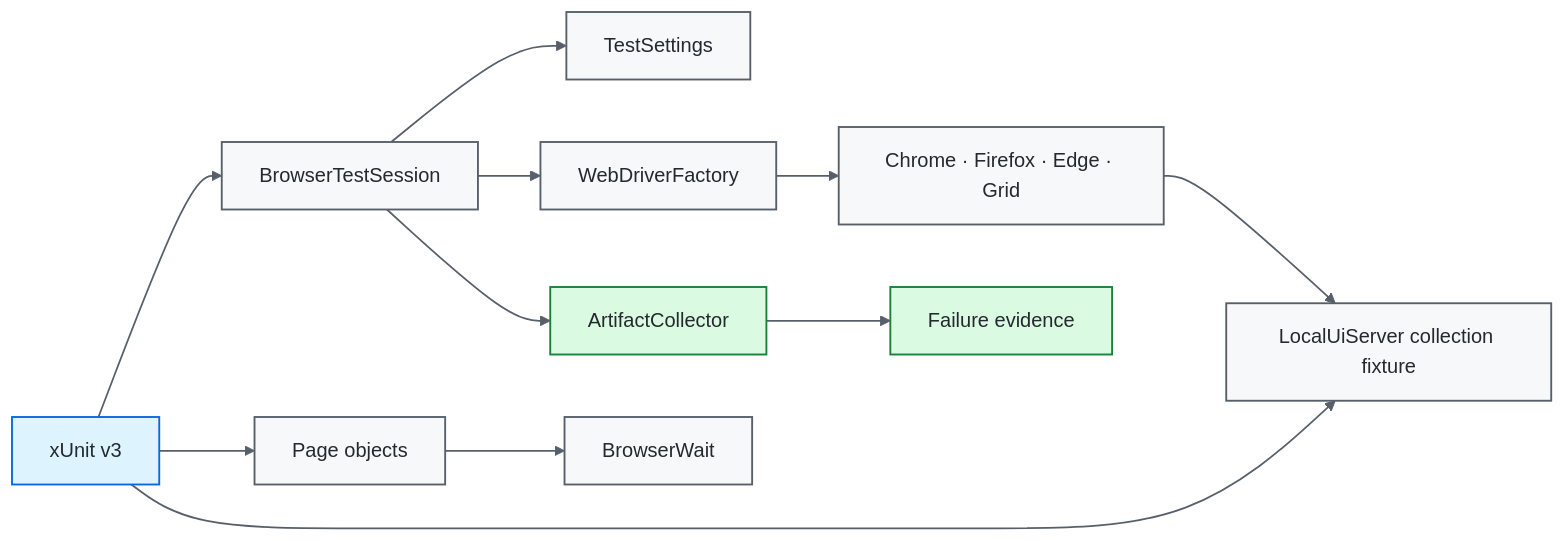
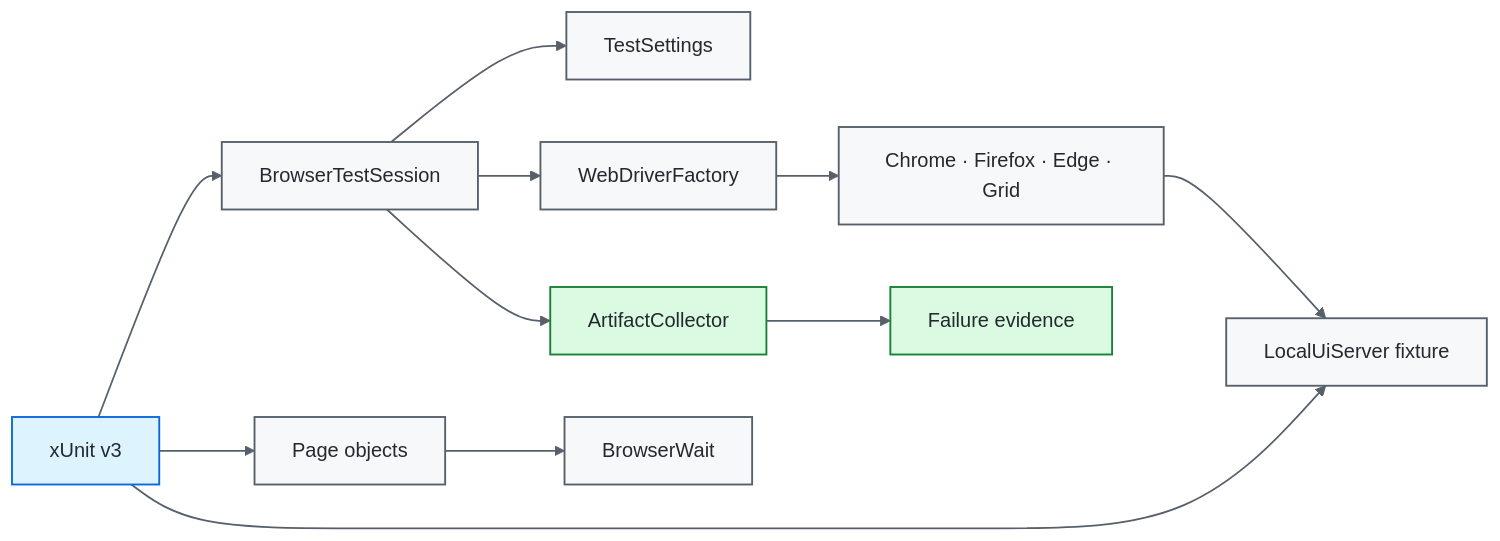
One commit to portyu9/qa-automation-dotnet-selenium changed the first of 2 diagrams in README.md. Above: the diagram before and after it, drawn with Mermaid. The commit also changed other lines of this file, not shown here.

````diff
--- a/README.md
+++ b/README.md
@@ -35,21 +38,21 @@
 ```mermaid
 flowchart LR
     TEST[xUnit v3] --> SESSION[BrowserTestSession]
     SESSION --> CFG[TestSettings]
     SESSION --> DRIVER[WebDriverFactory]
     TEST --> PAGE[Page objects]
     PAGE --> WAIT[BrowserWait]
-    TEST --> FIX[LocalUiServer collection fixture]
+    TEST --> FIX[LocalUiServer fixture]
     DRIVER --> BROWSER[Chrome · Firefox · Edge · Grid]
     BROWSER --> FIX
     SESSION --> ART[ArtifactCollector]
     ART --> EV[Failure evidence]
 
     classDef entry fill:#ddf4ff,stroke:#0969da,color:#24292f,stroke-width:1.5px;
     classDef core fill:#f6f8fa,stroke:#57606a,color:#24292f,stroke-width:1.5px;
     classDef evidence fill:#dafbe1,stroke:#1a7f37,color:#24292f,stroke-width:1.5px;
     class TEST entry;
     class SESSION,CFG,DRIVER,PAGE,WAIT,FIX,BROWSER core;
     class ART,EV evidence;
     linkStyle default stroke:#57606a,stroke-width:1.4px;
 ```
````
